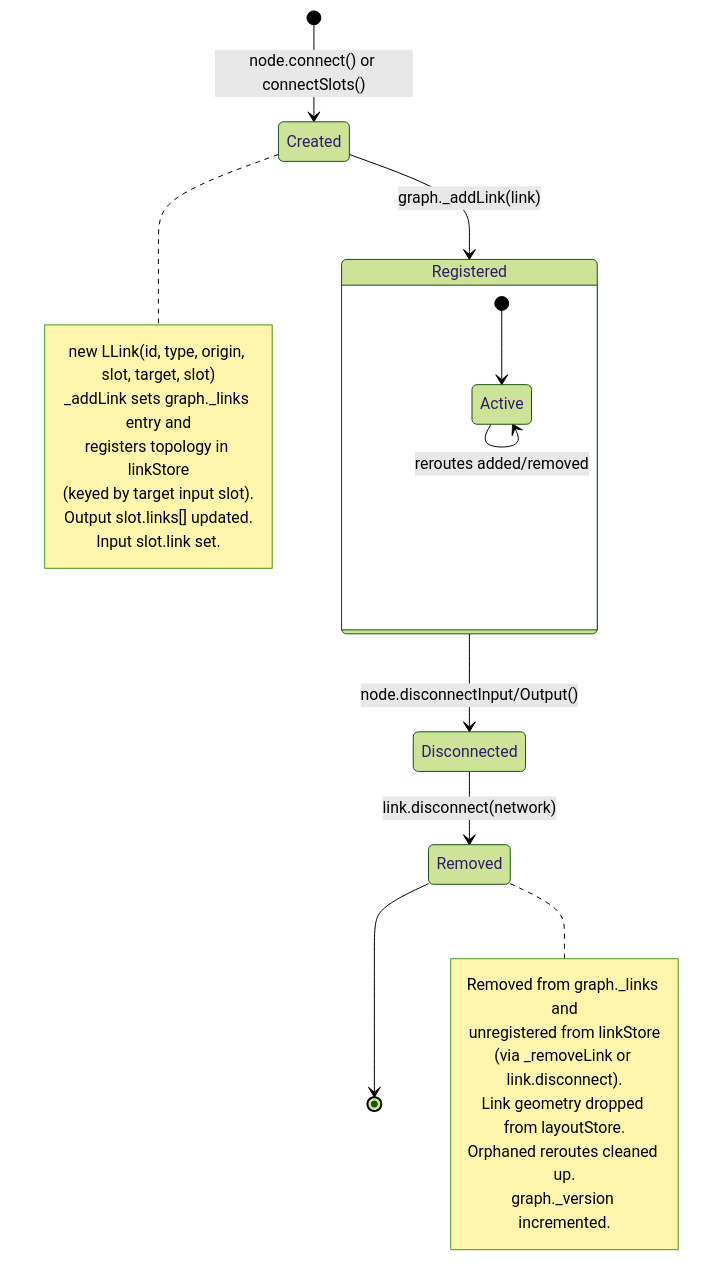
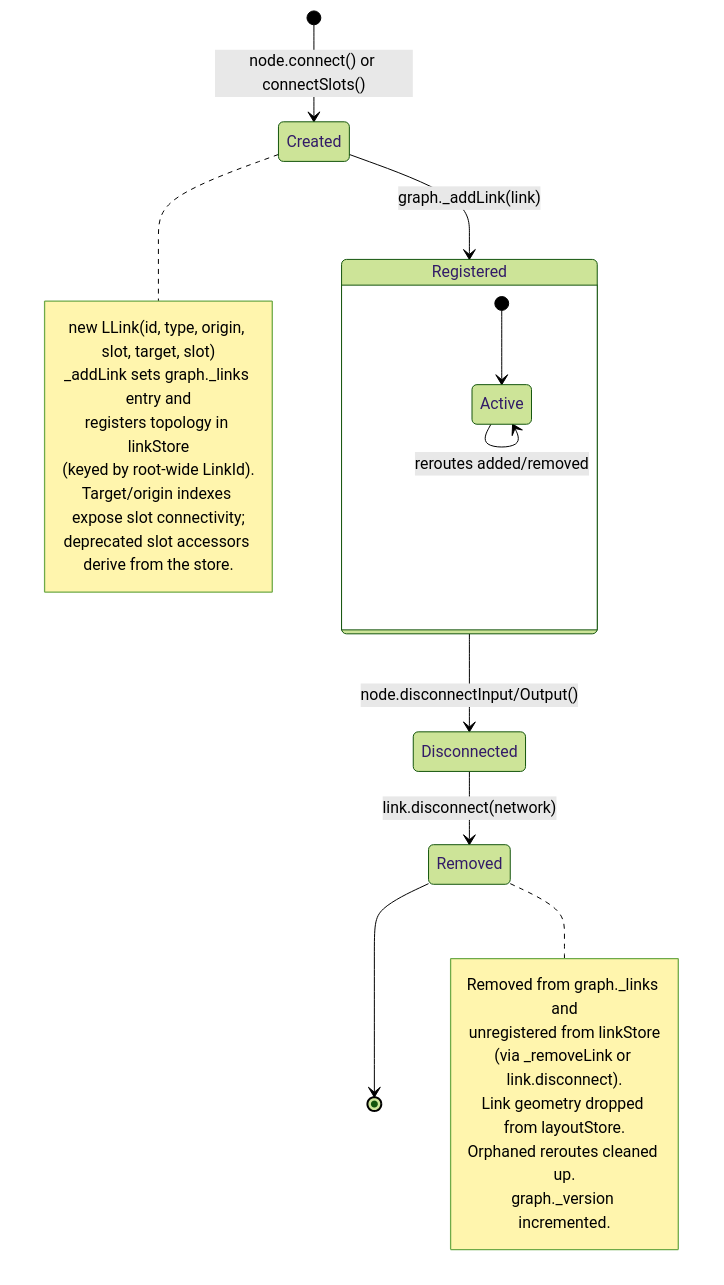
Before and after one commit to Comfy-Org/ComfyUI_frontend: the eighth of 13 diagrams in docs/architecture/entity-interactions.md, drawn with Mermaid (forest theme). The commit also changed other lines of this file and 20 other files, not shown here.

````diff
--- a/docs/architecture/entity-interactions.md
+++ b/docs/architecture/entity-interactions.md
@@ -266,33 +266,33 @@
 ```mermaid
 stateDiagram-v2
     [*] --> Created: node.connect() or connectSlots()
     Created --> Registered: graph._addLink(link)
 
     state Registered {
         [*] --> Active
         Active --> Active: data flows through
         Active --> Active: reroutes added/removed
     }
 
     Registered --> Disconnected: node.disconnectInput/Output()
     Disconnected --> Removed: link.disconnect(network)
     Removed --> [*]
 
     note right of Created
         new LLink(id, type, origin, slot, target, slot)
         _addLink sets graph._links entry and
         registers topology in linkStore
-        (keyed by target input slot).
-        Output slot.links[] updated.
-        Input slot.link set.
+        (keyed by root-wide LinkId).
+        Target/origin indexes expose slot connectivity;
+        deprecated slot accessors derive from the store.
     end note
 
     note right of Removed
         Removed from graph._links and
         unregistered from linkStore
         (via _removeLink or link.disconnect).
         Link geometry dropped from layoutStore.
         Orphaned reroutes cleaned up.
         graph._version incremented.
     end note
 ```
````
